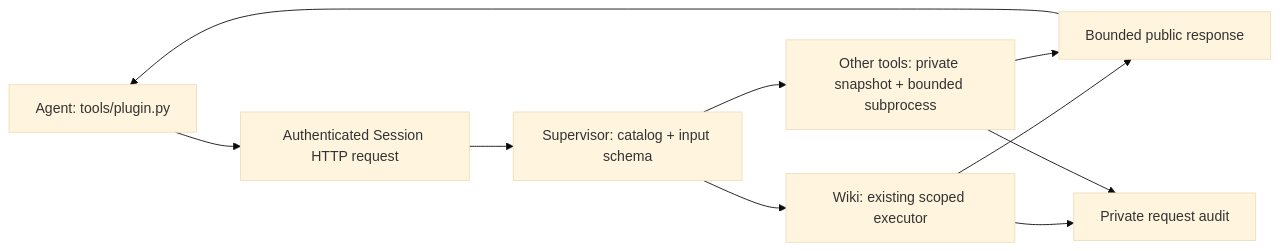
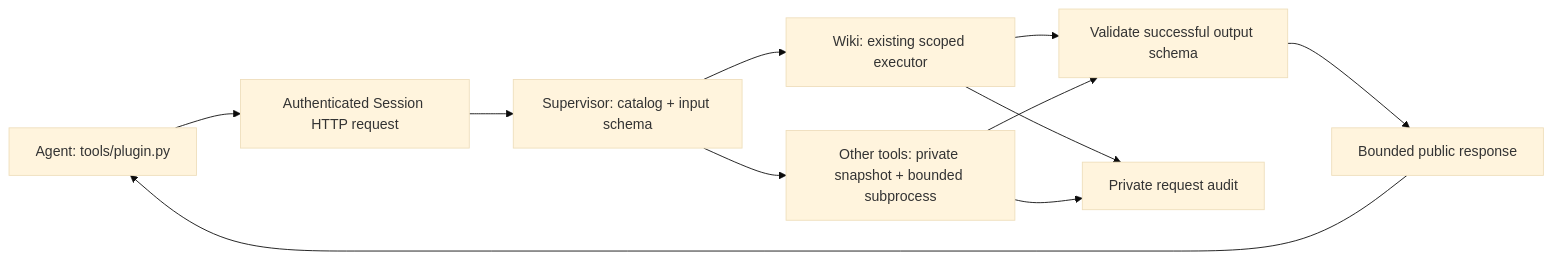
One commit to alibaba/atrex-kernel-agent changed the diagram in docs/plugins.md. Above: the diagram before and after it, drawn with Mermaid (base theme). The commit also changed other lines of this file and 24 other files, not shown here.

````diff
--- a/docs/plugins.md
+++ b/docs/plugins.md
@@ -9,12 +9,13 @@
 ```mermaid
 flowchart LR
     A["Agent: tools/plugin.py"] --> H["Authenticated Session HTTP request"]
     H --> V["Supervisor: catalog + input schema"]
     V --> W["Wiki: existing scoped executor"]
     V --> P["Other tools: private snapshot + bounded subprocess"]
-    W --> R["Bounded public response"]
-    P --> R
+    W --> O["Validate successful output schema"]
+    P --> O
+    O --> R["Bounded public response"]
     R --> A
     W --> D["Private request audit"]
     P --> D
 ```
````
